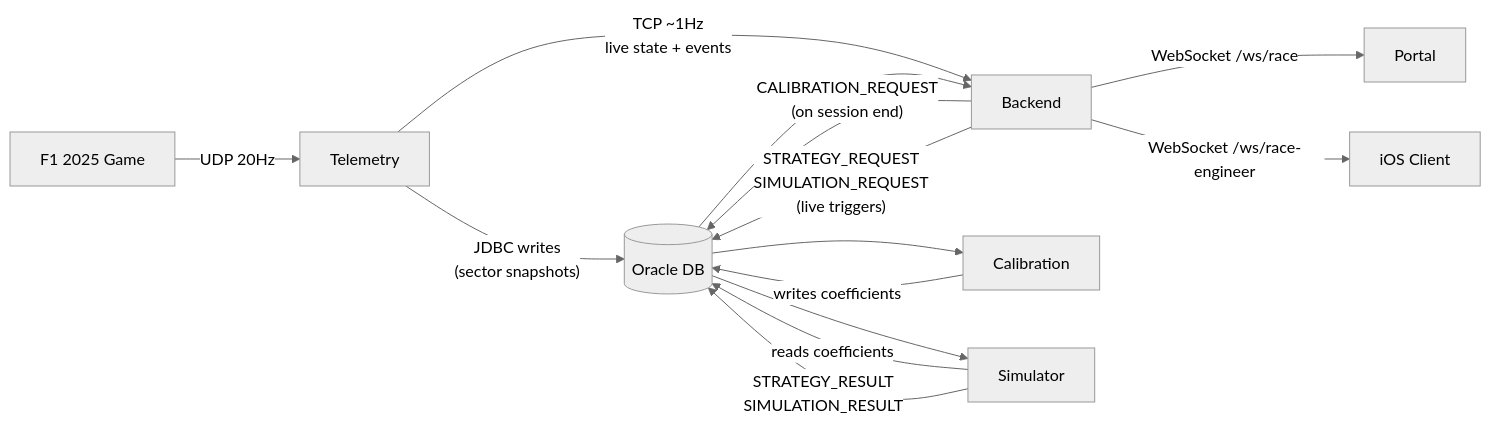
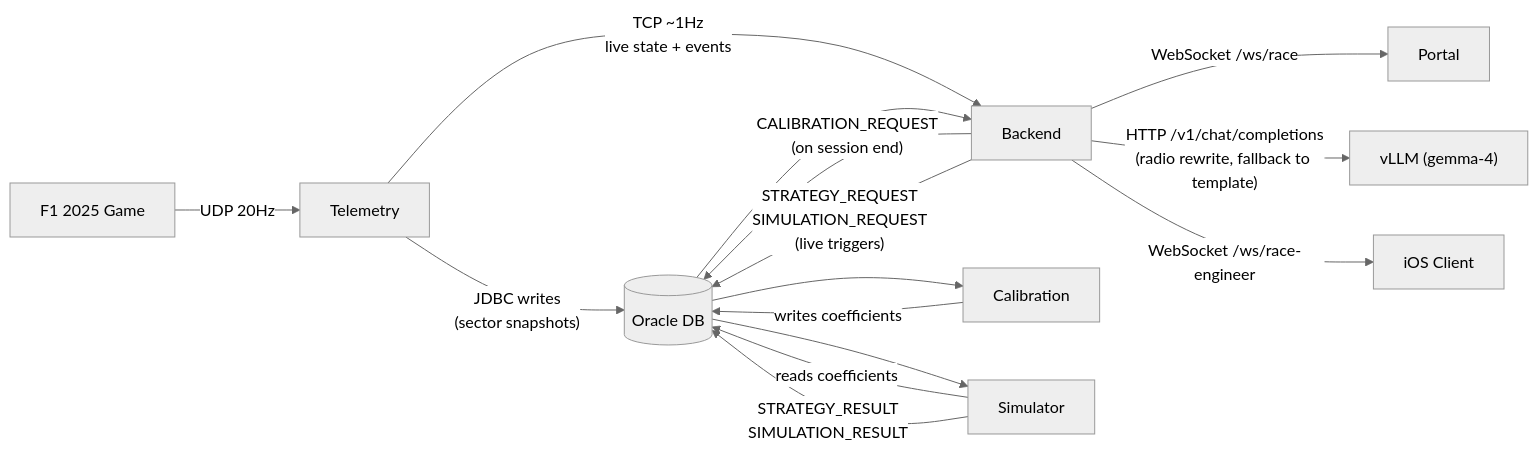
One commit to vmleon/f12025-race-strategy-simulation changed the first of 10 diagrams in design/06-INTEGRATION.md. Above: the diagram before and after it, drawn with Mermaid (neutral theme). The commit also changed other lines of this file and 4 other files, not shown here.

Commit message:
docs: document vLLM component across diagrams and chapters

````diff
--- a/design/06-INTEGRATION.md
+++ b/design/06-INTEGRATION.md
@@ -38,23 +40,24 @@
 ```mermaid
 graph LR
     Game["F1 2025 Game"] -- "UDP 20Hz" --> Tele["Telemetry"]
 
     Tele -- "JDBC writes\n(sector snapshots)" --> DB[("Oracle DB")]
     Tele -- "TCP ~1Hz\nlive state + events" --> BE["Backend"]
 
     BE -- "WebSocket /ws/race" --> Portal["Portal"]
+    BE -- "HTTP /v1/chat/completions\n(radio rewrite, fallback to template)" --> VLLM["vLLM (gemma-4)"]
     BE -- "WebSocket /ws/race-engineer" --> iOS["iOS Client"]
 
     BE -- "CALIBRATION_REQUEST\n(on session end)" --> DB
     DB --> Cal["Calibration"]
     Cal -- "writes coefficients" --> DB
 
     BE -- "STRATEGY_REQUEST\nSIMULATION_REQUEST\n(live triggers)" --> DB
     DB --> Sim["Simulator"]
     Sim -- "reads coefficients" --> DB
     Sim -- "STRATEGY_RESULT\nSIMULATION_RESULT" --> DB
     DB --> BE
 
     classDef store fill:#eee,stroke:#999;
     class DB store;
 ```
````
